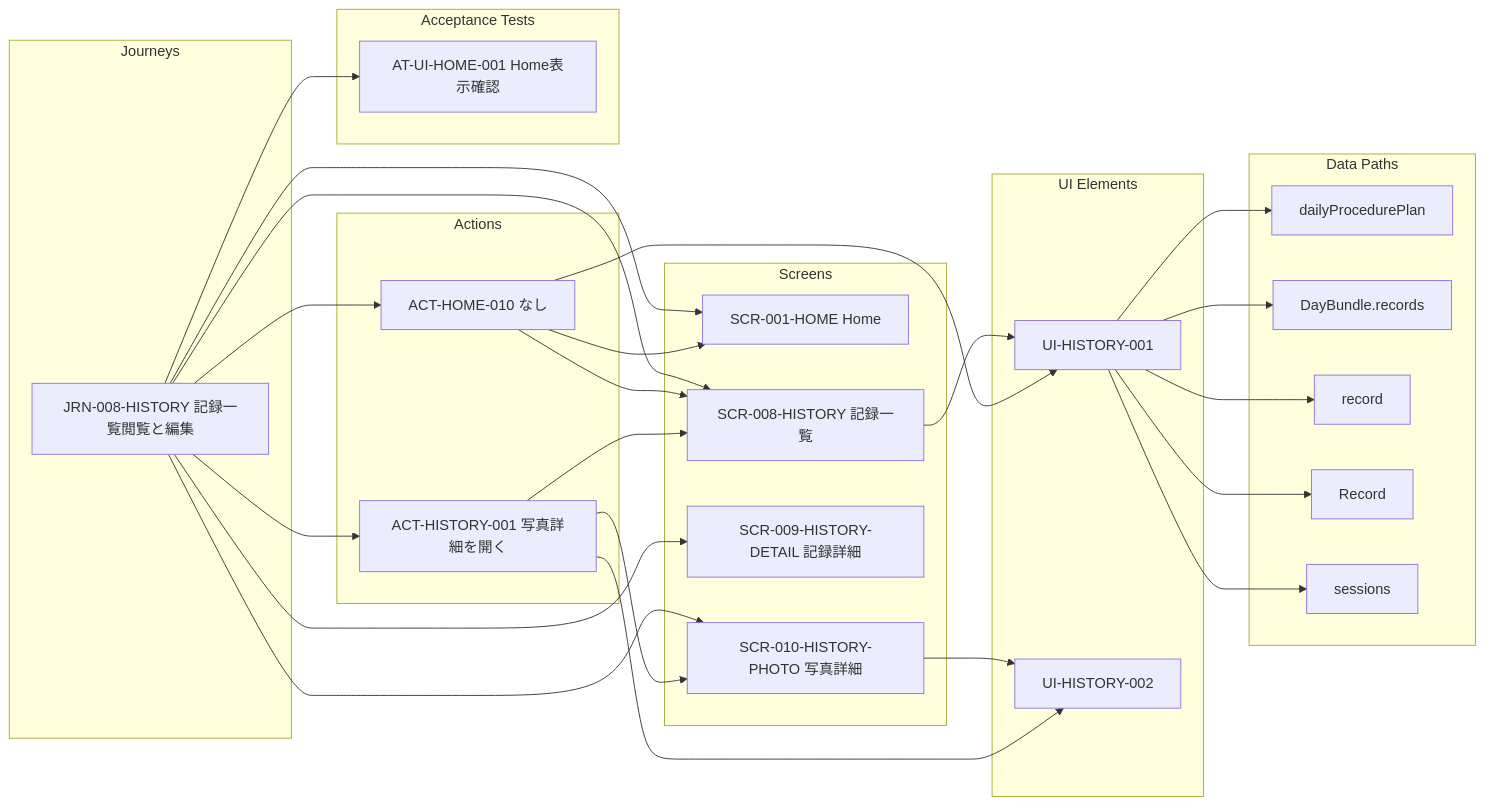
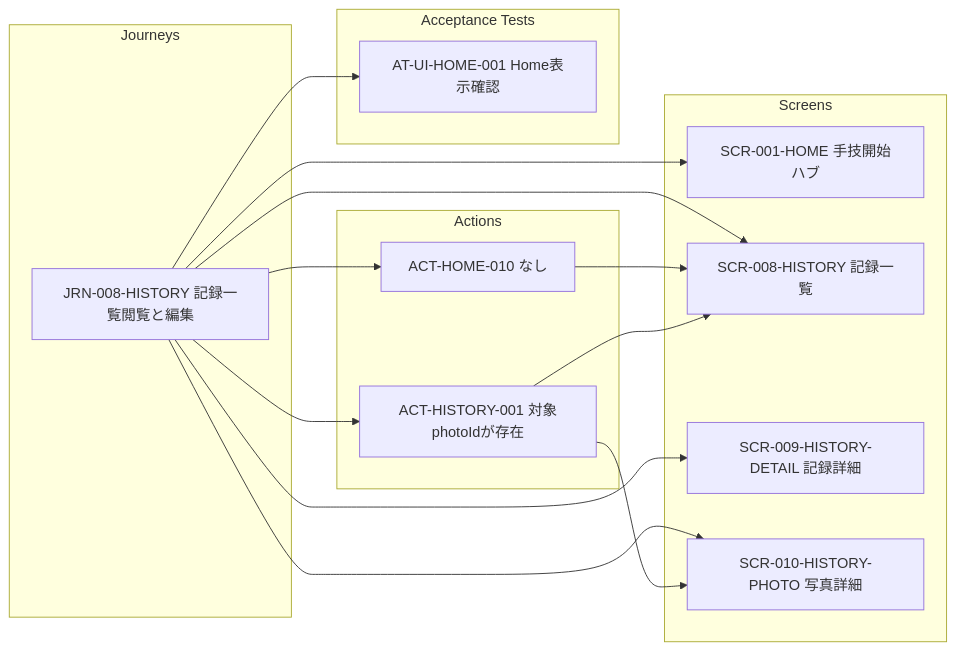
The diagram in docs/generated/screens/SCR-008-HISTORY.md (h-sakanet/capd_navi), drawn with Mermaid before and after one commit. The commit also changed 475 other files, not shown here.

````diff
--- a/docs/generated/screens/SCR-008-HISTORY.md
+++ b/docs/generated/screens/SCR-008-HISTORY.md
@@ -3,51 +3,30 @@
 ```mermaid
 flowchart LR
   %% SCR-008-HISTORY
   subgraph JRN["Journeys"]
-    N9["JRN-008-HISTORY 記録一覧閲覧と編集"]
+    N4["JRN-008-HISTORY 記録一覧閲覧と編集"]
   end
   subgraph ACT["Actions"]
-    N1["ACT-HISTORY-001 写真詳細を開く"]
+    N1["ACT-HISTORY-001 対象photoIdが存在"]
     N2["ACT-HOME-010 なし"]
   end
   subgraph SCR["Screens"]
-    N10["SCR-001-HOME Home"]
-    N11["SCR-008-HISTORY 記録一覧"]
-    N12["SCR-009-HISTORY-DETAIL 記録詳細"]
-    N13["SCR-010-HISTORY-PHOTO 写真詳細"]
-  end
-  subgraph UI["UI Elements"]
-    N14["UI-HISTORY-001"]
-    N15["UI-HISTORY-002"]
+    N5["SCR-001-HOME 手技開始ハブ"]
+    N6["SCR-008-HISTORY 記録一覧"]
+    N7["SCR-009-HISTORY-DETAIL 記録詳細"]
+    N8["SCR-010-HISTORY-PHOTO 写真詳細"]
   end
   subgraph AT["Acceptance Tests"]
     N3["AT-UI-HOME-001 Home表示確認"]
   end
-  subgraph DATA["Data Paths"]
-    N4["dailyProcedurePlan"]
-    N5["DayBundle.records"]
-    N6["record"]
-    N7["Record"]
-    N8["sessions"]
-  end
-  N1 --> N11
-  N1 --> N13
-  N1 --> N15
-  N2 --> N10
-  N2 --> N11
-  N2 --> N14
-  N9 --> N1
-  N9 --> N2
-  N9 --> N3
-  N9 --> N10
-  N9 --> N11
-  N9 --> N12
-  N9 --> N13
-  N11 --> N14
-  N13 --> N15
-  N14 --> N4
-  N14 --> N5
-  N14 --> N6
-  N14 --> N7
-  N14 --> N8
+  N1 --> N6
+  N1 --> N8
+  N2 --> N6
+  N4 --> N1
+  N4 --> N2
+  N4 --> N3
+  N4 --> N5
+  N4 --> N6
+  N4 --> N7
+  N4 --> N8
 ```
````
